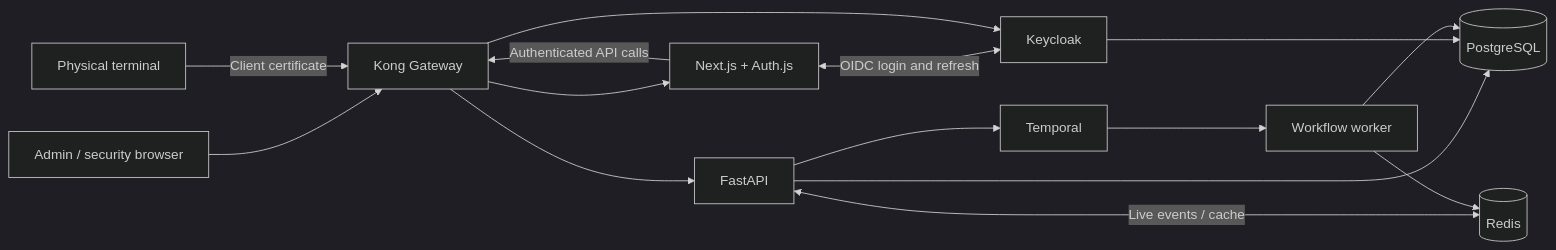
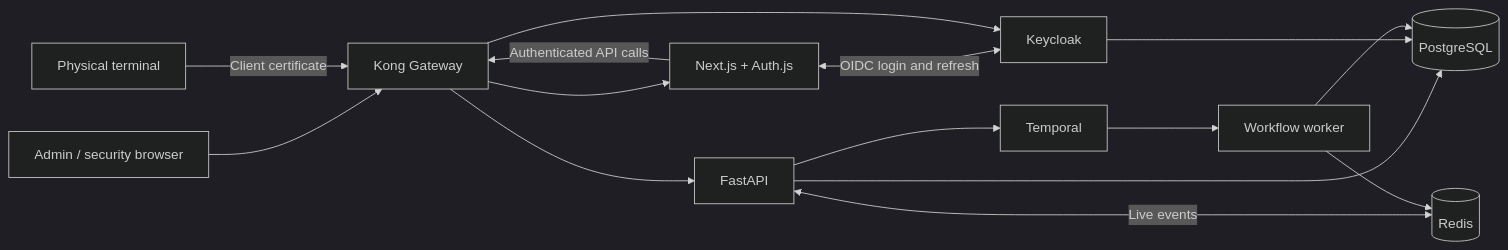
The diagram in README.md (cyanidemilkshakee/in-out), drawn with Mermaid (dark theme) before and after one commit. The commit also changed other lines of this file and 186 other files, not shown here.

````diff
--- a/README.md
+++ b/README.md
@@ -44,17 +64,17 @@
 ```mermaid
 flowchart LR
     Browser[Admin / security browser] --> Gateway[Kong Gateway]
     Gateway --> Web[Next.js + Auth.js]
     Web <-->|OIDC login and refresh| KC[Keycloak]
     Web -->|Authenticated API calls| Gateway
     Gateway --> API[FastAPI]
     Gateway --> KC
     Terminal[Physical terminal] -->|Client certificate| Gateway
     API --> DB[(PostgreSQL)]
     KC --> DB
-    API <-->|Live events / cache| Redis[(Redis)]
+    API <-->|Live events| Redis[(Redis)]
     API --> Temporal[Temporal]
     Temporal --> Worker[Workflow worker]
     Worker --> DB
     Worker --> Redis
 ```
````
